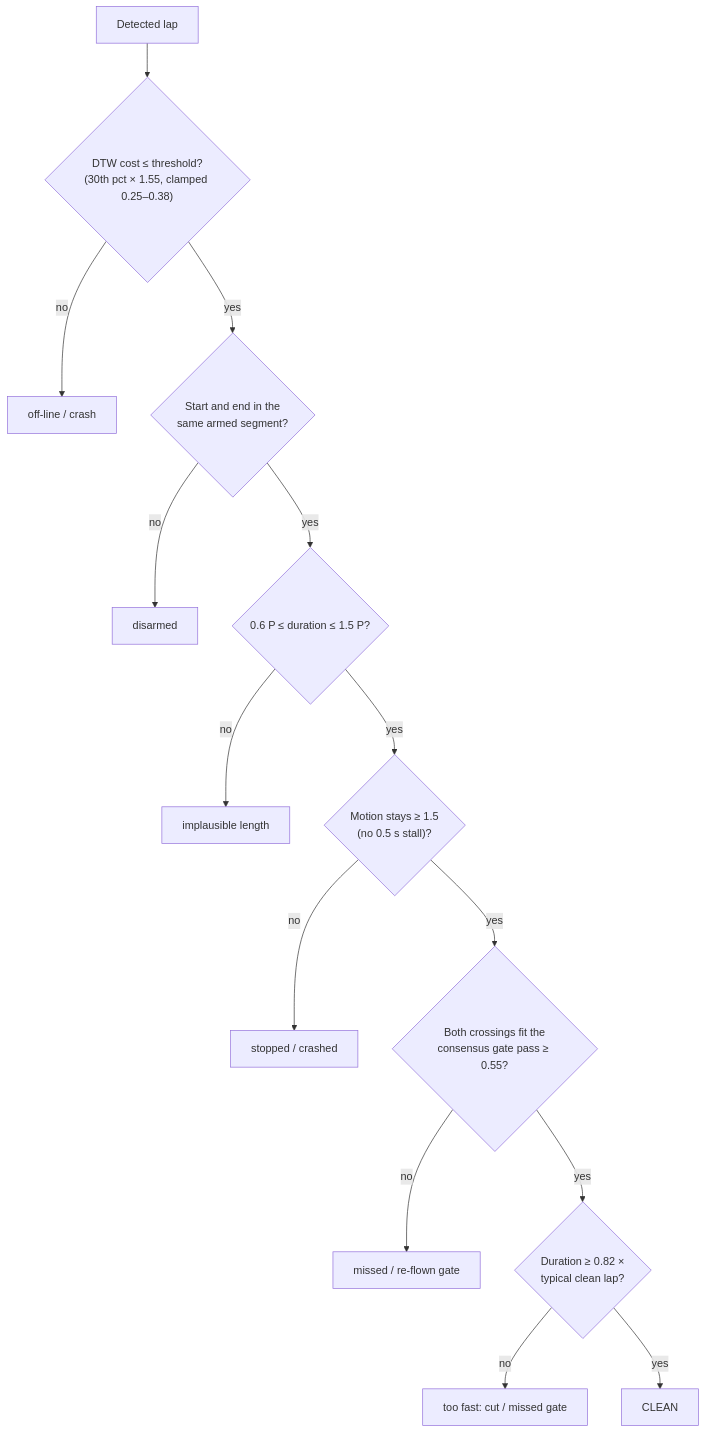
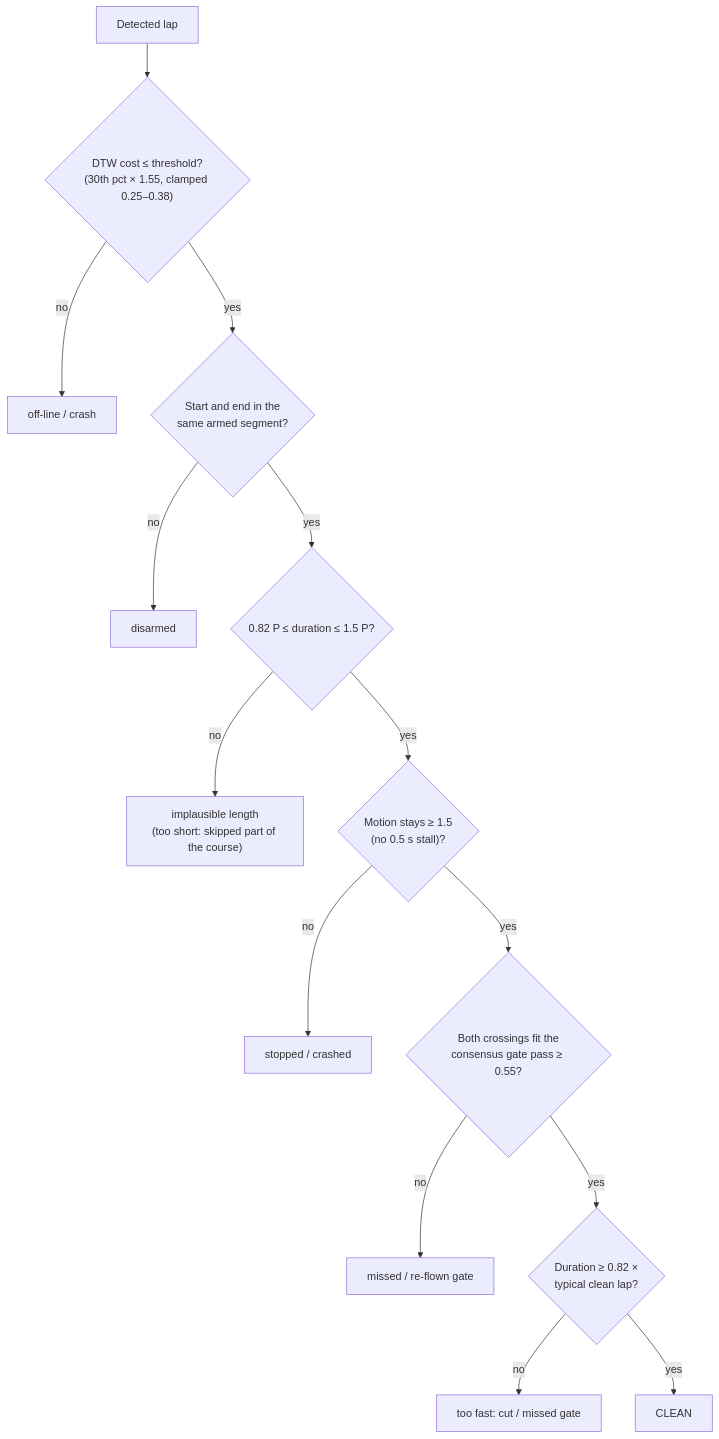
The seventh of 9 diagrams in skills/fpv-best-laps/README.md (irom77/Racegow), drawn with Mermaid before and after one commit. The commit also changed other lines of this file and 6 other files, not shown here.

````diff
--- a/skills/fpv-best-laps/README.md
+++ b/skills/fpv-best-laps/README.md
@@ -423,16 +435,16 @@
 ```mermaid
 flowchart TB
     L["Detected lap"] --> C1{"DTW cost ≤ threshold?<br/>(30th pct × 1.55, clamped 0.25–0.38)"}
     C1 -- no --> R1["off-line / crash"]
     C1 -- yes --> C2{"Start and end in the<br/>same armed segment?"}
     C2 -- no --> R2["disarmed"]
-    C2 -- yes --> C3{"0.6 P ≤ duration ≤ 1.5 P?"}
-    C3 -- no --> R3["implausible length"]
+    C2 -- yes --> C3{"0.82 P ≤ duration ≤ 1.5 P?"}
+    C3 -- no --> R3["implausible length<br/>(too short: skipped part of the course)"]
     C3 -- yes --> C4{"Motion stays ≥ 1.5<br/>(no 0.5 s stall)?"}
     C4 -- no --> R4["stopped / crashed"]
     C4 -- yes --> C5{"Both crossings fit the<br/>consensus gate pass ≥ 0.55?"}
     C5 -- no --> R5["missed / re-flown gate"]
     C5 -- yes --> C6{"Duration ≥ 0.82 ×<br/>typical clean lap?"}
     C6 -- no --> R6["too fast: cut / missed gate"]
     C6 -- yes --> OK["CLEAN"]
 ```
````
